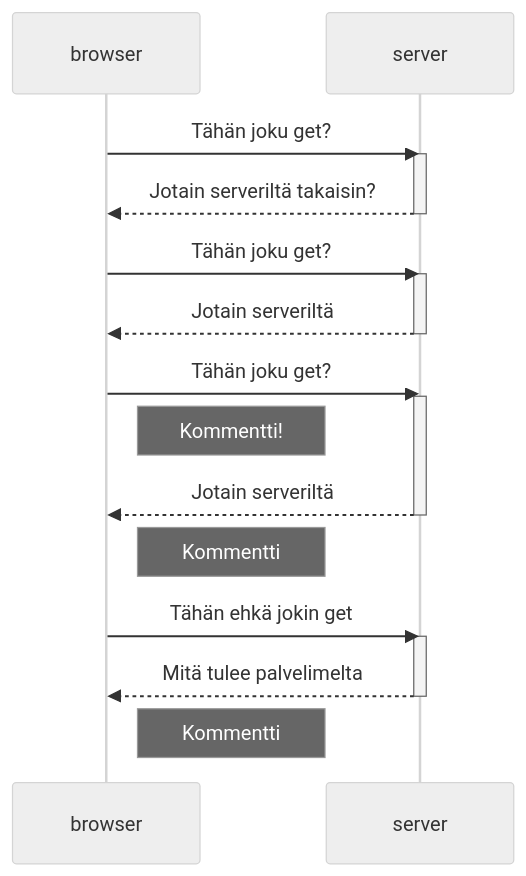
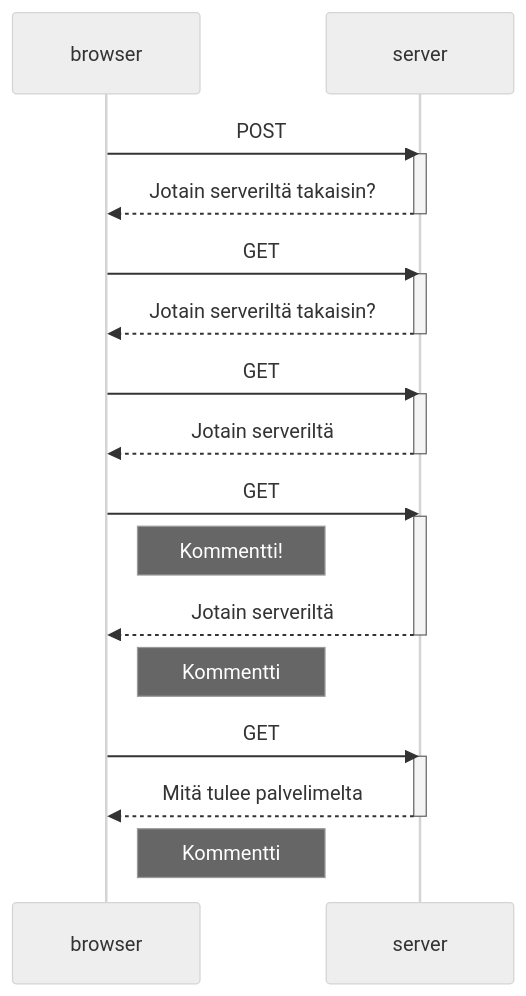
The diagram in osa0/uusi_muistiinpano.md (withoutglue/FullStack-HY), drawn with Mermaid (neutral theme) before and after one commit.

````diff
--- a/osa0/uusi_muistiinpano.md
+++ b/osa0/uusi_muistiinpano.md
@@ -3,32 +3,37 @@
 ```mermaid
 sequenceDiagram
     participant browser
     participant server
-    
-    browser->>server: Tähän joku get?
+
+    browser->>server: POST
     activate server
     server-->>browser: Jotain serveriltä takaisin?
     deactivate server
     
-    browser->>server: Tähän joku get?
+    browser->>server: GET
+    activate server
+    server-->>browser: Jotain serveriltä takaisin?
+    deactivate server
+    
+    browser->>server: GET
     activate server
     server-->>browser: Jotain serveriltä
     deactivate server
     
-    browser->>server: Tähän joku get?
+    browser->>server: GET
     activate server
 
     Note right of browser: Kommentti!
 
     server-->>browser: Jotain serveriltä
     deactivate server
     
     Note right of browser: Kommentti
     
-    browser->>server: Tähän ehkä jokin get
+    browser->>server: GET
     activate server
     server-->>browser: Mitä tulee palvelimelta
     deactivate server    
 
     Note right of browser: Kommentti
 ```
````
